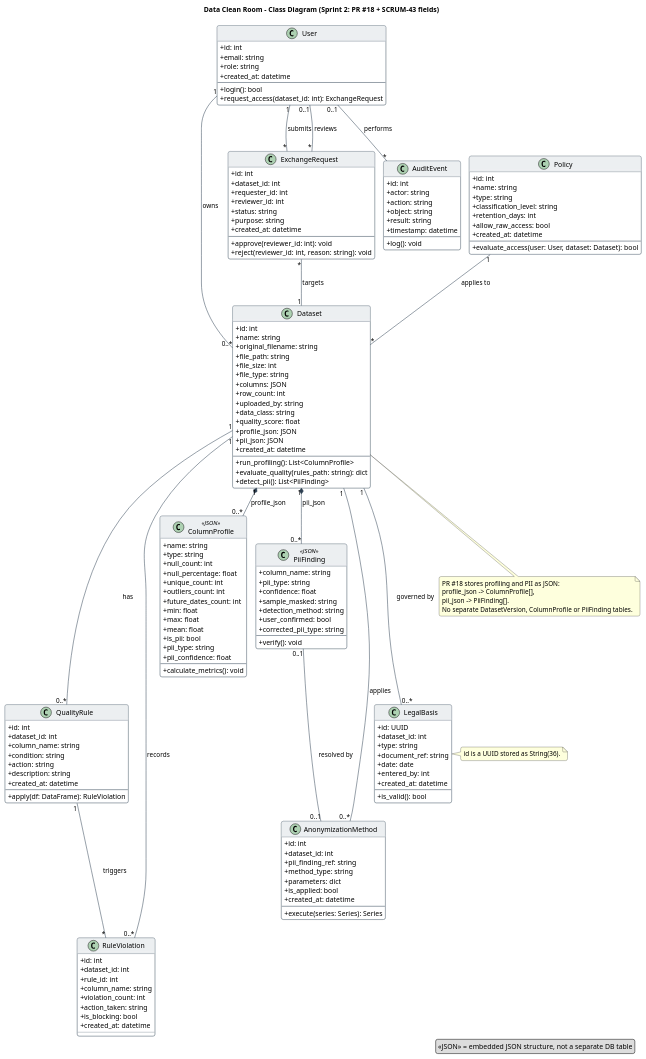
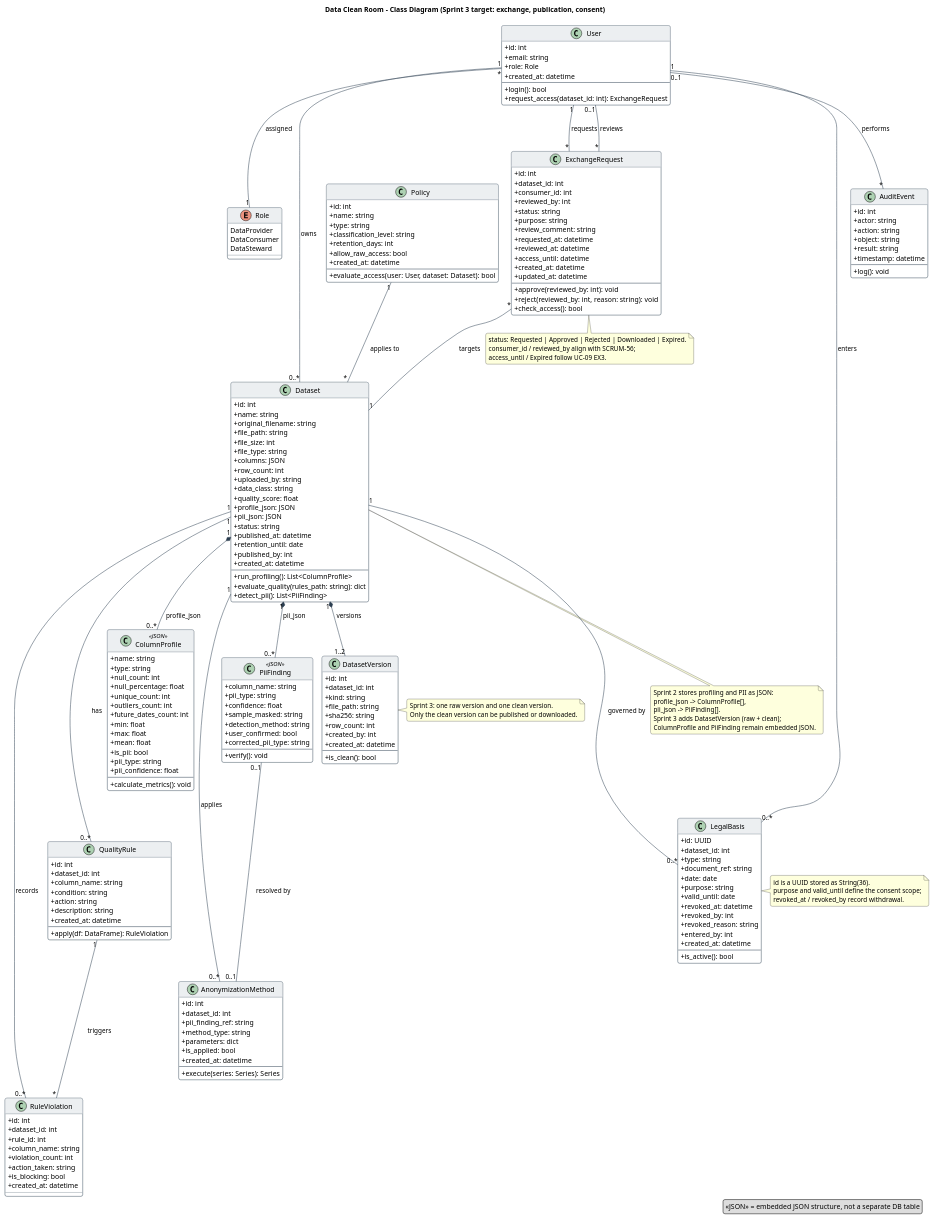
One commit to olesJS/data_clean_room changed the diagram in docs/architecture/class-diagram.puml. Above: the diagram before and after it, drawn with PlantUML. The commit also changed 8 other files, not shown here.

First line of the commit message:
docs(SCRUM-59): add exchange and publication sequence diagrams (#28)

```diff
--- a/docs/architecture/class-diagram.puml
+++ b/docs/architecture/class-diagram.puml
@@ -13,7 +13,7 @@
     HeaderBackgroundColor #ECEFF1
 }
 
-title Data Clean Room - Class Diagram (Sprint 2: PR #18 + SCRUM-43 fields)
+title Data Clean Room - Class Diagram (Sprint 3 target: exchange, publication, consent)
 
 ' ==========================================
 ' Core entities
@@ -22,11 +22,17 @@
 class User {
     + id: int
     + email: string
-    + role: string
+    + role: Role
     + created_at: datetime
     --
     + login(): bool
     + request_access(dataset_id: int): ExchangeRequest
+}
+
+enum Role {
+    DataProvider
+    DataConsumer
+    DataSteward
 }
 
 class Policy {
@@ -55,11 +61,28 @@
     + quality_score: float
     + profile_json: JSON
     + pii_json: JSON
+    + status: string
+    + published_at: datetime
+    + retention_until: date
+    + published_by: int
     + created_at: datetime
     --
     + run_profiling(): List<ColumnProfile>
     + evaluate_quality(rules_path: string): dict
     + detect_pii(): List<PiiFinding>
+}
+
+class DatasetVersion {
+    + id: int
+    + dataset_id: int
+    + kind: string
+    + file_path: string
+    + sha256: string
+    + row_count: int
+    + created_by: int
+    + created_at: datetime
+    --
+    + is_clean(): bool
 }
 
 class QualityRule {
@@ -135,23 +158,34 @@
     + type: string
     + document_ref: string
     + date: date
+    + purpose: string
+    + valid_until: date
+    + revoked_at: datetime
+    + revoked_by: int
+    + revoked_reason: string
     + entered_by: int
     + created_at: datetime
     --
-    + is_valid(): bool
+    + is_active(): bool
 }
 
 class ExchangeRequest {
     + id: int
     + dataset_id: int
-    + requester_id: int
-    + reviewer_id: int
+    + consumer_id: int
+    + reviewed_by: int
     + status: string
     + purpose: string
+    + review_comment: string
+    + requested_at: datetime
+    + reviewed_at: datetime
+    + access_until: datetime
     + created_at: datetime
+    + updated_at: datetime
     --
-    + approve(reviewer_id: int): void
-    + reject(reviewer_id: int, reason: string): void
+    + approve(reviewed_by: int): void
+    + reject(reviewed_by: int, reason: string): void
+    + check_access(): bool
 }
 
 class AuditEvent {
@@ -170,17 +204,20 @@
 ' ==========================================
 
 User "1" --- "0..*" Dataset : owns >
+User "*" --- "1" Role : assigned >
 Policy "1" --- "*" Dataset : applies to >
 
 Dataset "1" --- "0..*" LegalBasis : governed by >
 Dataset "1" --- "0..*" QualityRule : has >
 Dataset "1" --- "0..*" RuleViolation : records >
 Dataset "1" --- "0..*" AnonymizationMethod : applies >
+Dataset "1" *-- "1..2" DatasetVersion : versions >
 Dataset "1" *-- "0..*" ColumnProfile : profile_json >
 Dataset "1" *-- "0..*" PiiFinding : pii_json >
 
 ExchangeRequest "*" --- "1" Dataset : targets >
-User "1" --- "*" ExchangeRequest : submits >
+User "1" --- "0..*" LegalBasis : enters >
+User "1" --- "*" ExchangeRequest : requests >
 User "0..1" --- "*" ExchangeRequest : reviews >
 User "0..1" --- "*" AuditEvent : performs >
 
@@ -188,14 +225,28 @@
 PiiFinding "0..1" --- "0..1" AnonymizationMethod : resolved by >
 
 note bottom of Dataset
-  PR #18 stores profiling and PII as JSON:
+  Sprint 2 stores profiling and PII as JSON:
   profile_json -> ColumnProfile[],
   pii_json -> PiiFinding[].
-  No separate DatasetVersion, ColumnProfile or PiiFinding tables.
+  Sprint 3 adds DatasetVersion (raw + clean);
+  ColumnProfile and PiiFinding remain embedded JSON.
+end note
+
+note right of DatasetVersion
+  Sprint 3: one raw version and one clean version.
+  Only the clean version can be published or downloaded.
 end note
 
 note right of LegalBasis
   id is a UUID stored as String(36).
+  purpose and valid_until define the consent scope;
+  revoked_at / revoked_by record withdrawal.
+end note
+
+note bottom of ExchangeRequest
+  status: Requested | Approved | Rejected | Downloaded | Expired.
+  consumer_id / reviewed_by align with SCRUM-56;
+  access_until / Expired follow UC-09 EX3.
 end note
 
 legend right
```
